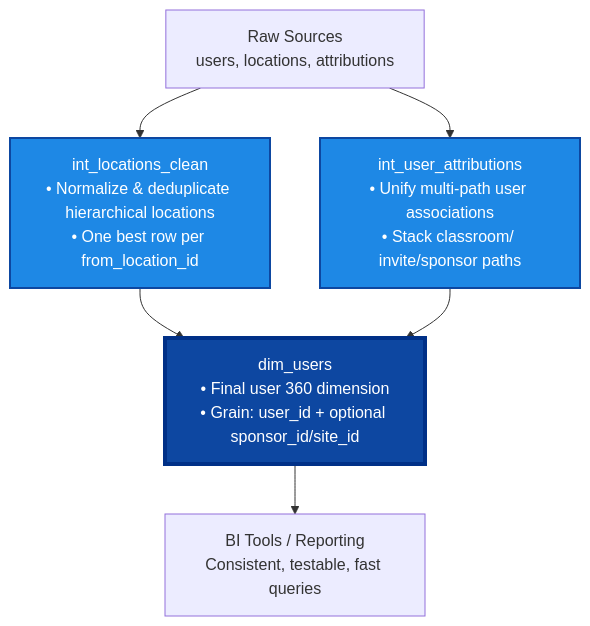
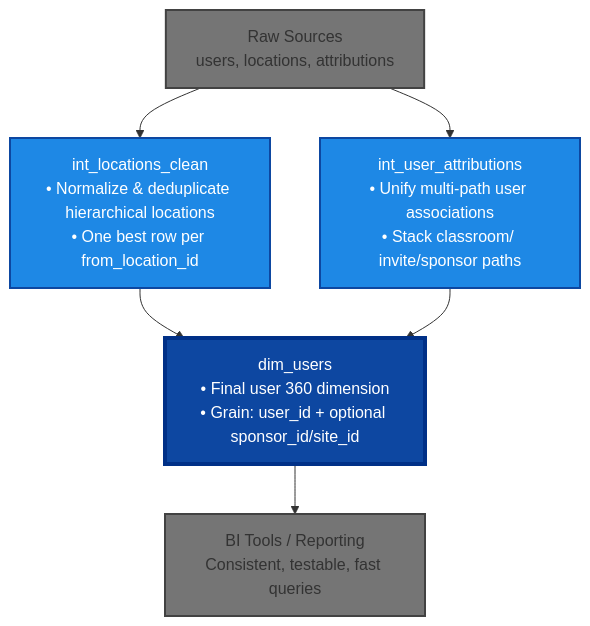
Before and after one commit to space-lumps/bigquery-dbt-user-dimension: the diagram in README.md, drawn with Mermaid. The commit also changed other lines of this file, not shown here.

````diff
--- a/README.md
+++ b/README.md
@@ -45,12 +48,14 @@
 ```mermaid
 graph TD
     A[Raw Sources<br>users, locations, attributions] --> B[int_locations_clean<br>• Normalize & deduplicate hierarchical locations<br>• One best row per from_location_id]
     A --> C[int_user_attributions<br>• Unify multi-path user associations<br>• Stack classroom/ invite/sponsor paths]
     B --> D[dim_users<br>• Final user 360 dimension<br>• Grain: user_id + optional sponsor_id/site_id]
     C --> D
     D --> E[BI Tools / Reporting<br>Consistent, testable, fast queries]
 
+    style A fill:#757575,stroke:#424242,stroke-width:2px
     style B fill:#1e88e5,stroke:#0d47a1,stroke-width:2px,color:#fff
     style C fill:#1e88e5,stroke:#0d47a1,stroke-width:2px,color:#fff
     style D fill:#0d47a1,stroke:#003087,stroke-width:4px,color:#fff
+    style E fill:#757575,stroke:#424242,stroke-width:2px
 ```
````
